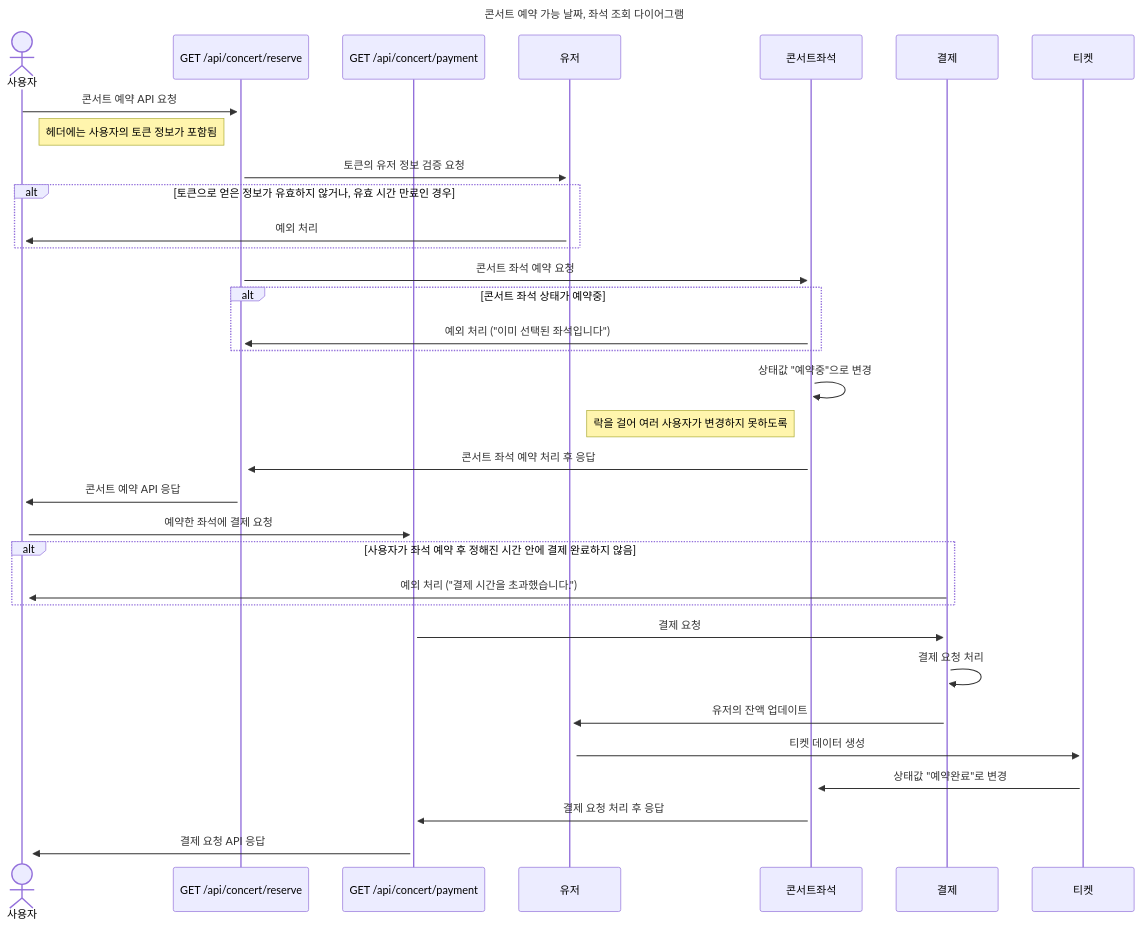
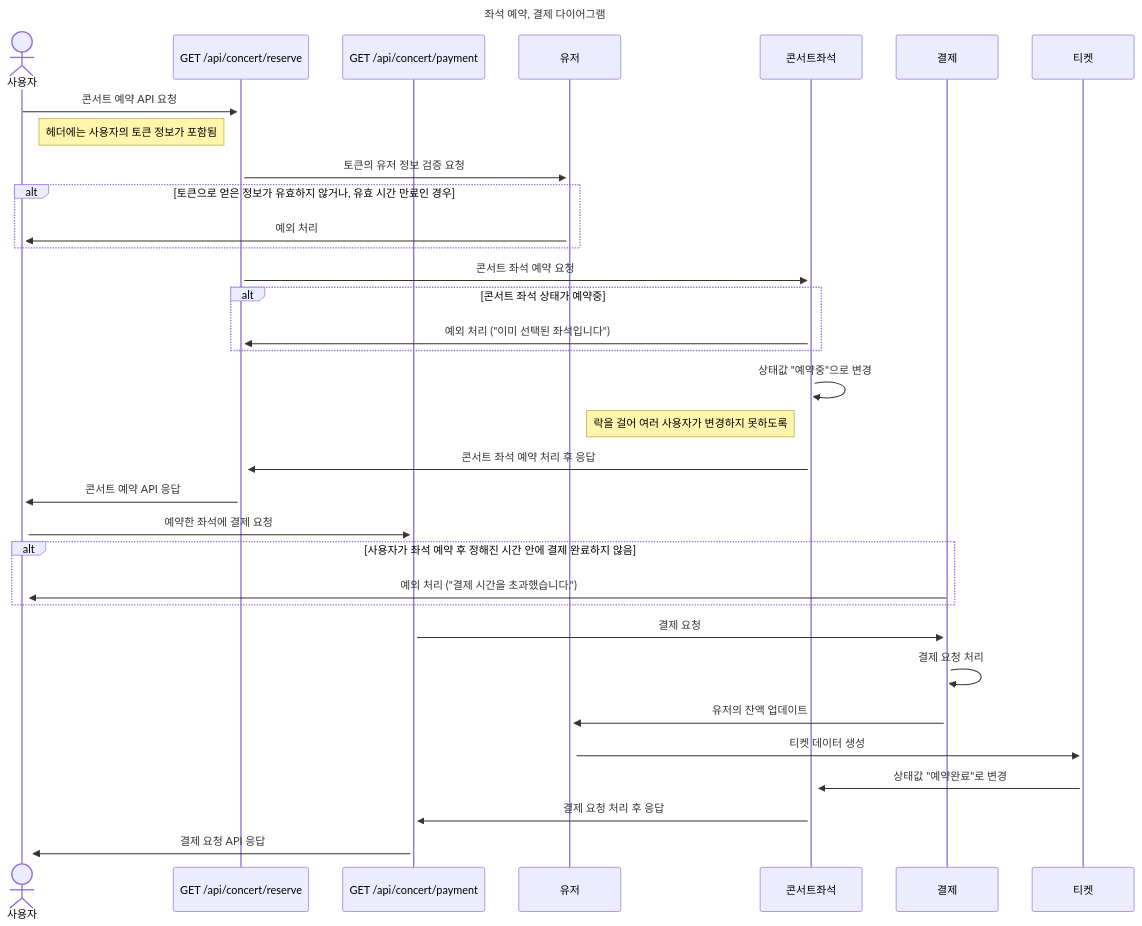
Before and after one commit to vvoohhee/concert-system: the diagram in document/diagram/sequence/Reservation.md, drawn with Mermaid. The commit also changed 3 other files, not shown here.

````diff
--- a/document/diagram/sequence/Reservation.md
+++ b/document/diagram/sequence/Reservation.md
@@ -14,54 +14,54 @@
 ```mermaid
 sequenceDiagram
-    title 콘서트 예약 가능 날짜, 좌석 조회 다이어그램
+    title 좌석 예약, 결제 다이어그램
     actor 사용자
     participant reserveapi as GET /api/concert/reserve
     participant paymentapi as GET /api/concert/payment
     participant 유저
     participant 콘서트좌석
     participant 결제
     participant 티켓
     
         사용자 ->>+ reserveapi : 콘서트 예약 API 요청
         note right of 사용자 : 헤더에는 사용자의 토큰 정보가 포함됨
 
         reserveapi ->>+ 유저 : 토큰의 유저 정보 검증 요청
         
         alt 토큰으로 얻은 정보가 유효하지 않거나, 유효 시간 만료인 경우
             유저 ->>+ 사용자 : 예외 처리
         end
         
         reserveapi ->>+ 콘서트좌석 : 콘서트 좌석 예약 요청
         
         alt 콘서트 좌석 상태가 예약중
             콘서트좌석 ->>+ reserveapi : 예외 처리 ("이미 선택된 좌석입니다") 
         end
         
         콘서트좌석 ->>+ 콘서트좌석 : 상태값 "예약중"으로 변경
         note left of 콘서트좌석 : 락을 걸어 여러 사용자가 변경하지 못하도록 
         
         콘서트좌석 ->>+ reserveapi : 콘서트 좌석 예약 처리 후 응답
         
         reserveapi ->>+ 사용자 : 콘서트 예약 API 응답
         
         사용자 ->>+ paymentapi : 예약한 좌석에 결제 요청
         
         alt 사용자가 좌석 예약 후 정해진 시간 안에 결제 완료하지 않음
             결제 ->>+ 사용자 : 예외 처리 ("결제 시간을 초과했습니다.")
         end
         
         paymentapi ->>+ 결제 : 결제 요청
         
         결제 ->>+ 결제 : 결제 요청 처리
         
         결제 ->>+ 유저 : 유저의 잔액 업데이트
         
         유저 ->>+ 티켓 : 티켓 데이터 생성
 
         티켓 ->>+ 콘서트좌석 : 상태값 "예약완료"로 변경
         
         콘서트좌석 ->>+ paymentapi : 결제 요청 처리 후 응답
         
         paymentapi ->>+ 사용자 : 결제 요청 API 응답
         
 ```
````
